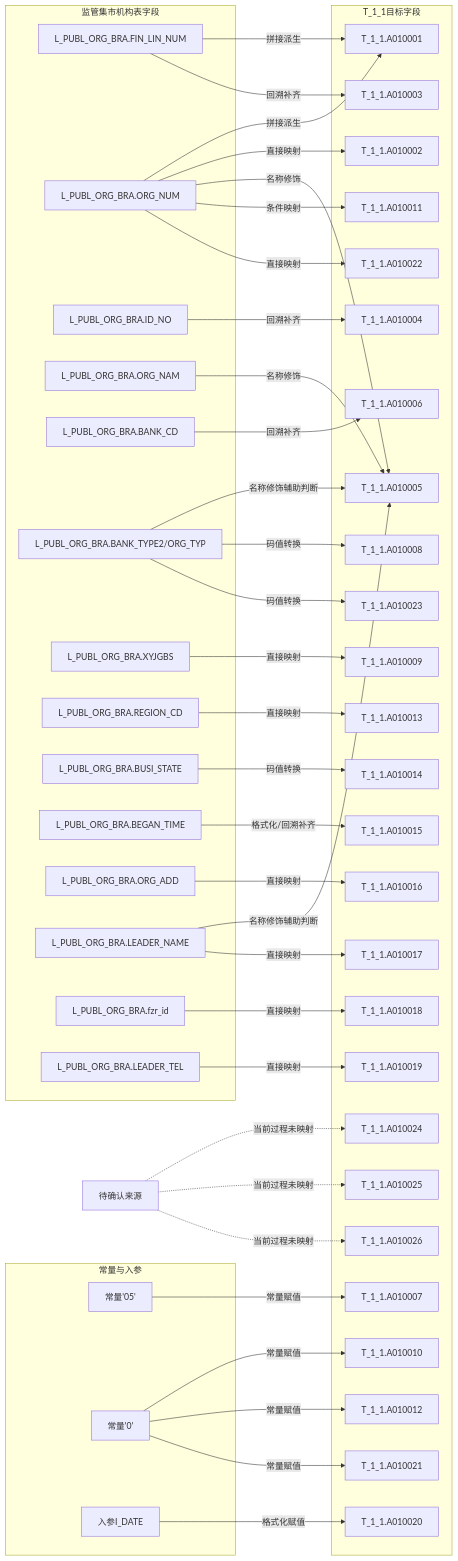
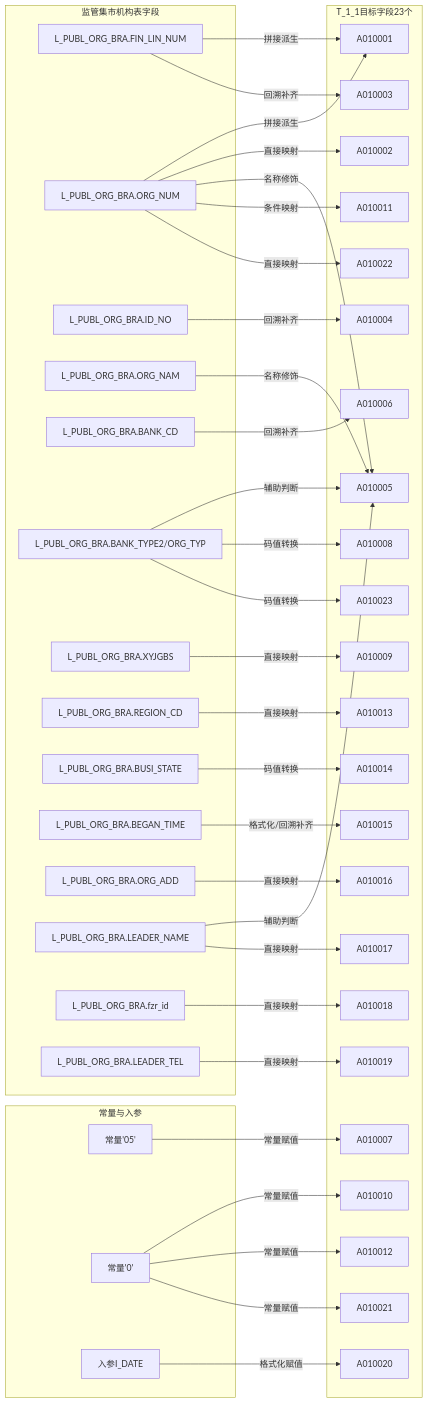
Before and after one commit to zhoujk1989-arch/Obsidian: the second of 2 diagrams in regulatory-data-lab/血缘/一表通系统/血缘-1.1-机构信息-一表通系统.md, drawn with Mermaid. The commit also changed other lines of this file and 14 other files, not shown here.

````diff
--- a/regulatory-data-lab/血缘/一表通系统/血缘-1.1-机构信息-一表通系统.md
+++ b/regulatory-data-lab/血缘/一表通系统/血缘-1.1-机构信息-一表通系统.md
@@ -129,33 +128,30 @@
         C_IDATE["入参I_DATE"]
     end
 
-    subgraph T1[T_1_1目标字段]
-        T001["T_1_1.A010001"]
-        T002["T_1_1.A010002"]
-        T003["T_1_1.A010003"]
-        T004["T_1_1.A010004"]
-        T005["T_1_1.A010005"]
-        T006["T_1_1.A010006"]
-        T007["T_1_1.A010007"]
-        T008["T_1_1.A010008"]
-        T009["T_1_1.A010009"]
-        T010["T_1_1.A010010"]
-        T011["T_1_1.A010011"]
-        T012["T_1_1.A010012"]
-        T013["T_1_1.A010013"]
-        T014["T_1_1.A010014"]
-        T015["T_1_1.A010015"]
-        T016["T_1_1.A010016"]
-        T017["T_1_1.A010017"]
-        T018["T_1_1.A010018"]
-        T019["T_1_1.A010019"]
-        T020["T_1_1.A010020"]
-        T021["T_1_1.A010021"]
-        T022["T_1_1.A010022"]
-        T023["T_1_1.A010023"]
-        T024["T_1_1.A010024"]
-        T025["T_1_1.A010025"]
-        T026["T_1_1.A010026"]
+    subgraph T1[T_1_1目标字段23个]
+        T001["A010001"]
+        T002["A010002"]
+        T003["A010003"]
+        T004["A010004"]
+        T005["A010005"]
+        T006["A010006"]
+        T007["A010007"]
+        T008["A010008"]
+        T009["A010009"]
+        T010["A010010"]
+        T011["A010011"]
+        T012["A010012"]
+        T013["A010013"]
+        T014["A010014"]
+        T015["A010015"]
+        T016["A010016"]
+        T017["A010017"]
+        T018["A010018"]
+        T019["A010019"]
+        T020["A010020"]
+        T021["A010021"]
+        T022["A010022"]
+        T023["A010023"]
     end
 
     S_FIN -->|拼接派生| T001
@@ -165,8 +161,8 @@
     S_ID -->|回溯补齐| T004
     S_NAM -->|名称修饰| T005
     S_ORG -->|名称修饰| T005
-    S_LEADER -->|名称修饰辅助判断| T005
-    S_BT -->|名称修饰辅助判断| T005
+    S_LEADER -->|辅助判断| T005
+    S_BT -->|辅助判断| T005
     S_BANK -->|回溯补齐| T006
     C_05 -->|常量赋值| T007
     S_BT -->|码值转换| T008
@@ -185,7 +181,4 @@
     C_0A -->|常量赋值| T021
     S_ORG -->|直接映射| T022
     S_BT -->|码值转换| T023
-    U1["待确认来源"] -.当前过程未映射.-> T024
-    U1 -.当前过程未映射.-> T025
-    U1 -.当前过程未映射.-> T026
 ```
````
